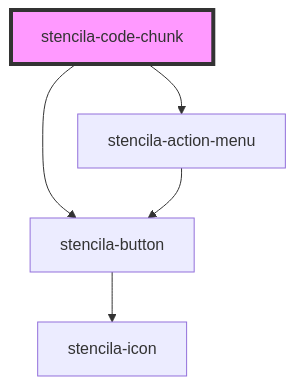
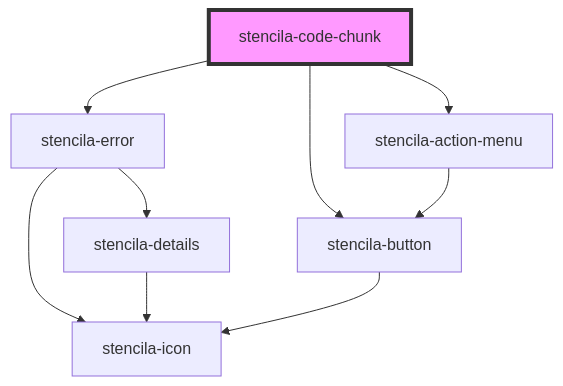
The diagram in packages/components/src/components/codeChunk/readme.md (stencila/designa), drawn with Mermaid before and after one commit. The commit also changed other lines of this file and 13 other files, not shown here.

````diff
--- a/packages/components/src/components/codeChunk/readme.md
+++ b/packages/components/src/components/codeChunk/readme.md
@@ -29,8 +30,12 @@
 ```mermaid
 graph TD;
+  stencila-code-chunk --> stencila-error
   stencila-code-chunk --> stencila-action-menu
   stencila-code-chunk --> stencila-button
+  stencila-error --> stencila-icon
+  stencila-error --> stencila-details
+  stencila-details --> stencila-icon
   stencila-action-menu --> stencila-button
   stencila-button --> stencila-icon
   style stencila-code-chunk fill:#f9f,stroke:#333,stroke-width:4px
 ```
````
